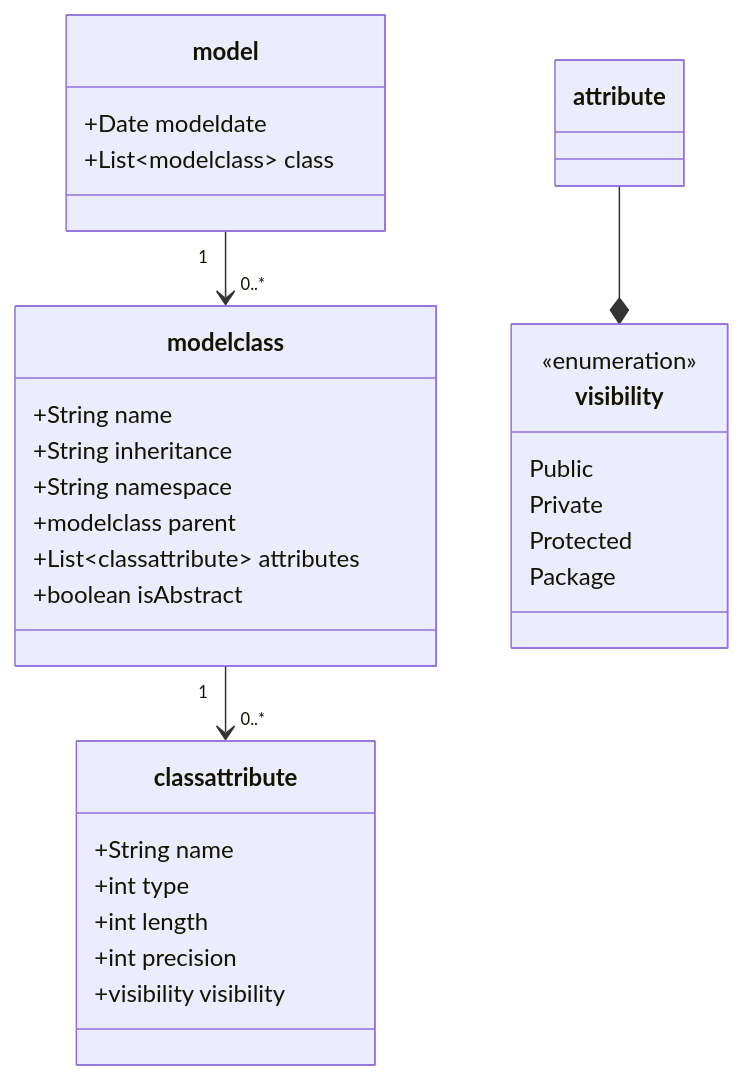
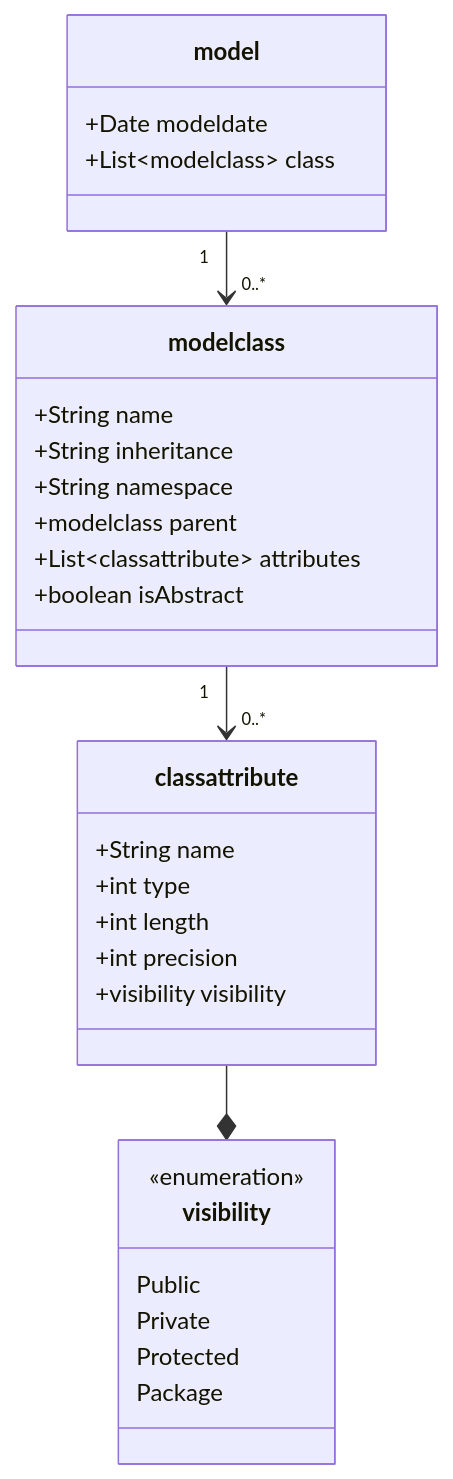
Before and after one commit to philrwebb/Generation: the diagram in output/classes.md, drawn with Mermaid.

Commit message:
fixed again

````diff
--- a/output/classes.md
+++ b/output/classes.md
@@ -1,32 +1,32 @@
 ```mermaid
 classDiagram
 class modelclass {
     +String name
     +String inheritance
     +String namespace
     +modelclass parent
     +List~classattribute~ attributes
     +boolean isAbstract
 }
 class model {
     +Date modeldate
     +List~modelclass~ class
 }
 class classattribute {
     +String name
     +int type
     +int length
     +int precision
     +visibility visibility
 }
 class visibility {
     <<enumeration>>
     Public
     Private
     Protected
     Package
 }
 model "1" --> "0..*" modelclass
 modelclass "1" --> "0..*" classattribute
-attribute --* visibility
+classattribute --* visibility
 ```
````
